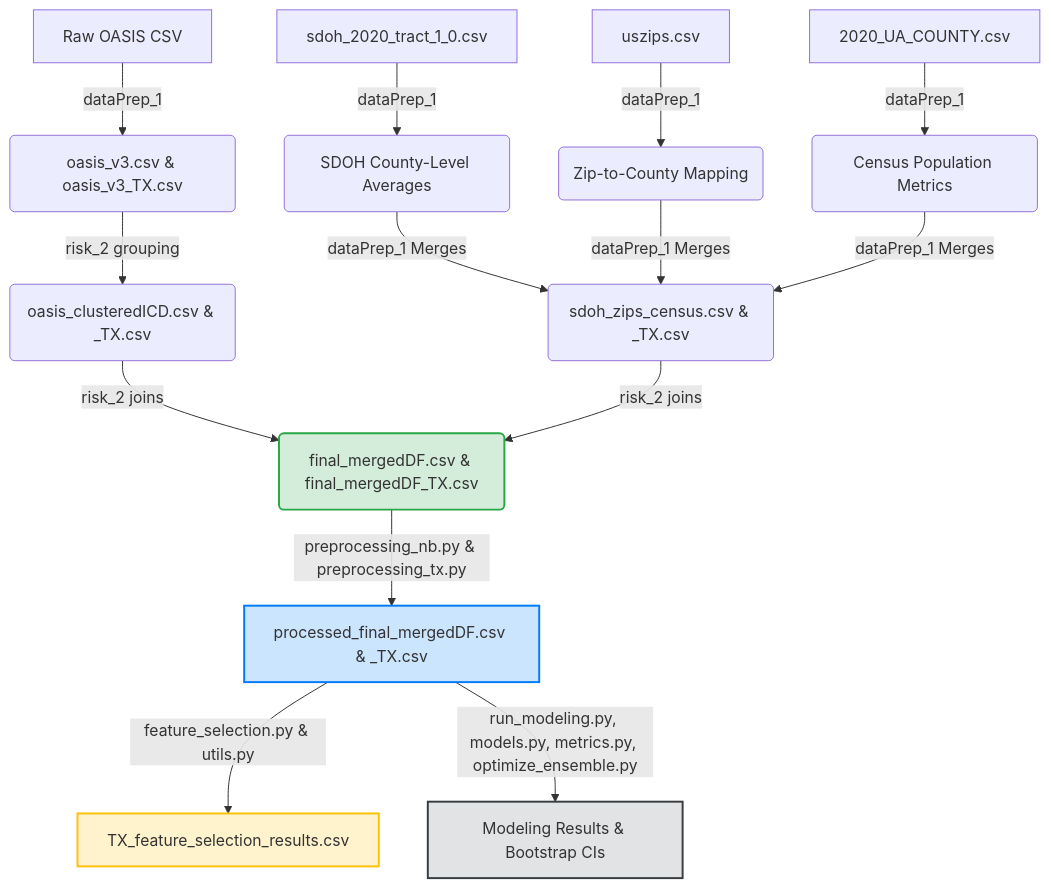
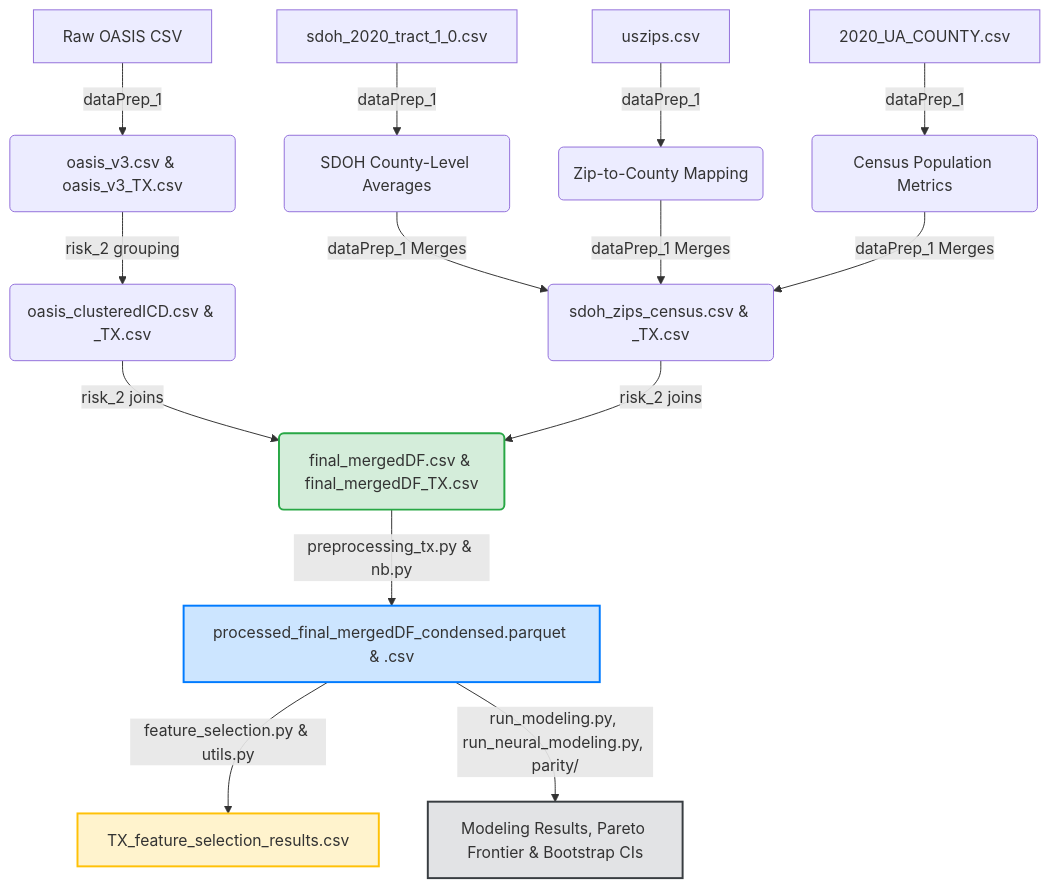
The first of 2 diagrams in docs/methodology_report.md (AI2TXST/HIR-M3), drawn with Mermaid before and after one commit. The commit also changed other lines of this file and 321 other files, not shown here.

````diff
--- a/docs/methodology_report.md
+++ b/docs/methodology_report.md
@@ -11,31 +13,31 @@
 ```mermaid
 graph TD
     %% Inputs
     A[Raw OASIS CSV] -->|dataPrep_1| B(oasis_v3.csv & oasis_v3_TX.csv)
     C[sdoh_2020_tract_1_0.csv] -->|dataPrep_1| D(SDOH County-Level Averages)
     E[uszips.csv] -->|dataPrep_1| F(Zip-to-County Mapping)
     G[2020_UA_COUNTY.csv] -->|dataPrep_1| H(Census Population Metrics)
     
     %% Intermediate Merges
     D & F & H -->|dataPrep_1 Merges| I(sdoh_zips_census.csv & _TX.csv)
     
     %% ICD Grouping
     B -->|risk_2 grouping| J(oasis_clusteredICD.csv & _TX.csv)
     
     %% Final Merger
     J & I -->|risk_2 joins| K(final_mergedDF.csv & final_mergedDF_TX.csv)
     
     %% PySpark Preprocessing
-    K -->|preprocessing_nb.py & preprocessing_tx.py| N[processed_final_mergedDF.csv & _TX.csv]
+    K -->|preprocessing_tx.py & nb.py| N[processed_final_mergedDF_condensed.parquet & .csv]
 
     %% Feature Selection & Disease Subgroup Filtering
     N -->|feature_selection.py & utils.py| O[TX_feature_selection_results.csv]
 
-    %% Unified Modeling Framework
-    N -->|run_modeling.py, models.py, metrics.py, optimize_ensemble.py| P[Modeling Results & Bootstrap CIs]
+    %% Unified Modeling Framework & ACT-Parity v2
+    N -->|run_modeling.py, run_neural_modeling.py, parity/| P[Modeling Results, Pareto Frontier & Bootstrap CIs]
 
     style K fill:#d4edda,stroke:#28a745,stroke-width:2px
     style N fill:#cce5ff,stroke:#007bff,stroke-width:2px
     style O fill:#fff3cd,stroke:#ffc107,stroke-width:2px
     style P fill:#e2e3e5,stroke:#383d41,stroke-width:2px
 ```
````
